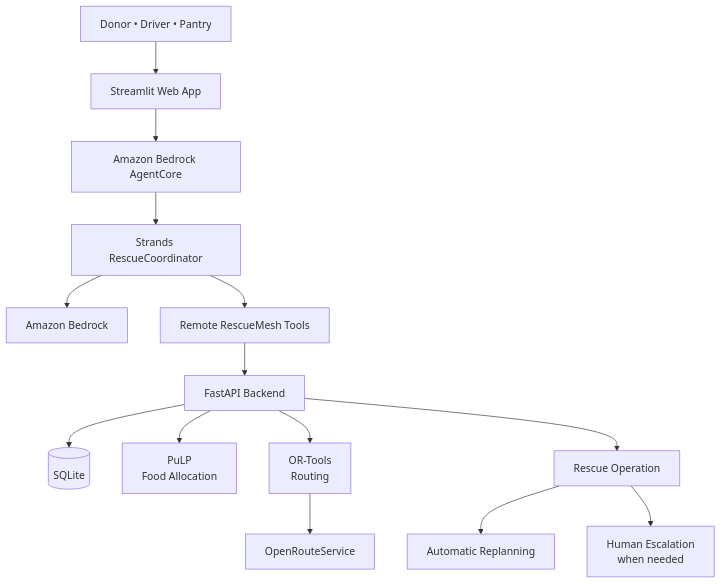
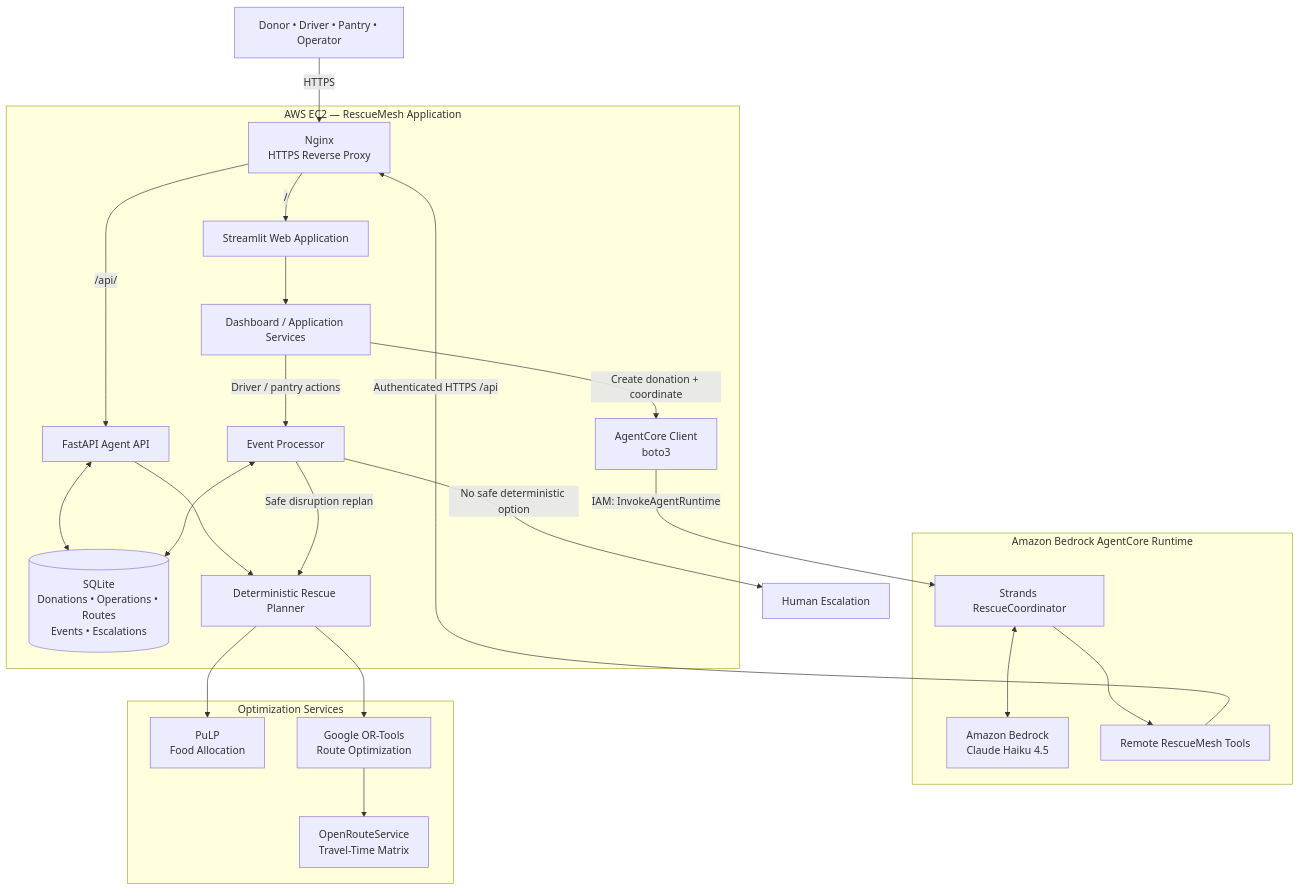
One commit to maithili74/rescuemesh changed the diagram in README.md. Above: the diagram before and after it, drawn with Mermaid. The commit also changed other lines of this file, not shown here.

````diff
--- a/README.md
+++ b/README.md
@@ -94,31 +194,53 @@
 ```mermaid
-flowchart TB
+flowchart TD
 
-    USERS["Donor • Driver • Pantry"]
+    USERS["Donor • Driver • Pantry • Operator"]
 
-    USERS --> UI["Streamlit Web App"]
+    subgraph EC2["AWS EC2 — RescueMesh Application"]
+        NGINX["Nginx<br/>HTTPS Reverse Proxy"]
+        UI["Streamlit Web Application"]
+        APP["Dashboard / Application Services"]
+        CLIENT["AgentCore Client<br/>boto3"]
+        API["FastAPI Agent API"]
+        EVENTS["Event Processor"]
+        DB[("SQLite<br/>Donations • Operations • Routes<br/>Events • Escalations")]
+        PLANNER["Deterministic Rescue Planner"]
+    end
 
-    UI --> AC["Amazon Bedrock AgentCore"]
+    subgraph AGENTCORE["Amazon Bedrock AgentCore Runtime"]
+        AGENT["Strands RescueCoordinator"]
+        MODEL["Amazon Bedrock<br/>Claude Haiku 4.5"]
+        TOOLS["Remote RescueMesh Tools"]
 
-    AC --> AGENT["Strands RescueCoordinator"]
+        AGENT <--> MODEL
+        AGENT --> TOOLS
+    end
 
-    AGENT --> BEDROCK["Amazon Bedrock"]
+    subgraph OPT["Optimization Services"]
+        PULP["PuLP<br/>Food Allocation"]
+        ORTOOLS["Google OR-Tools<br/>Route Optimization"]
+        ORS["OpenRouteService<br/>Travel-Time Matrix"]
+    end
 
-    AGENT --> TOOLS["Remote RescueMesh Tools"]
+    USERS -->|"HTTPS"| NGINX
+    NGINX -->|"/"| UI
+    UI --> APP
 
-    TOOLS --> API["FastAPI Backend"]
+    APP -->|"Create donation + coordinate"| CLIENT
+    CLIENT -->|"IAM: InvokeAgentRuntime"| AGENT
 
-    API --> DB[("SQLite")]
+    TOOLS -->|"Authenticated HTTPS /api"| NGINX
+    NGINX -->|"/api/"| API
 
-    API --> PULP["PuLP<br/>Food Allocation"]
+    API --> PLANNER
+    API <--> DB
 
-    API --> ORT["OR-Tools<br/>Routing"]
+    PLANNER --> PULP
+    PLANNER --> ORTOOLS
+    ORTOOLS --> ORS
 
-    ORT --> ORS["OpenRouteService"]
-
-    API --> RESULT["Rescue Operation"]
-
-    RESULT --> REPLAN["Automatic Replanning"]
-
-    RESULT --> HUMAN["Human Escalation<br/>when needed"]
+    APP -->|"Driver / pantry actions"| EVENTS
+    EVENTS <--> DB
+    EVENTS -->|"Safe disruption replan"| PLANNER
+    EVENTS -->|"No safe deterministic option"| HUMAN["Human Escalation"]
 ```
````
